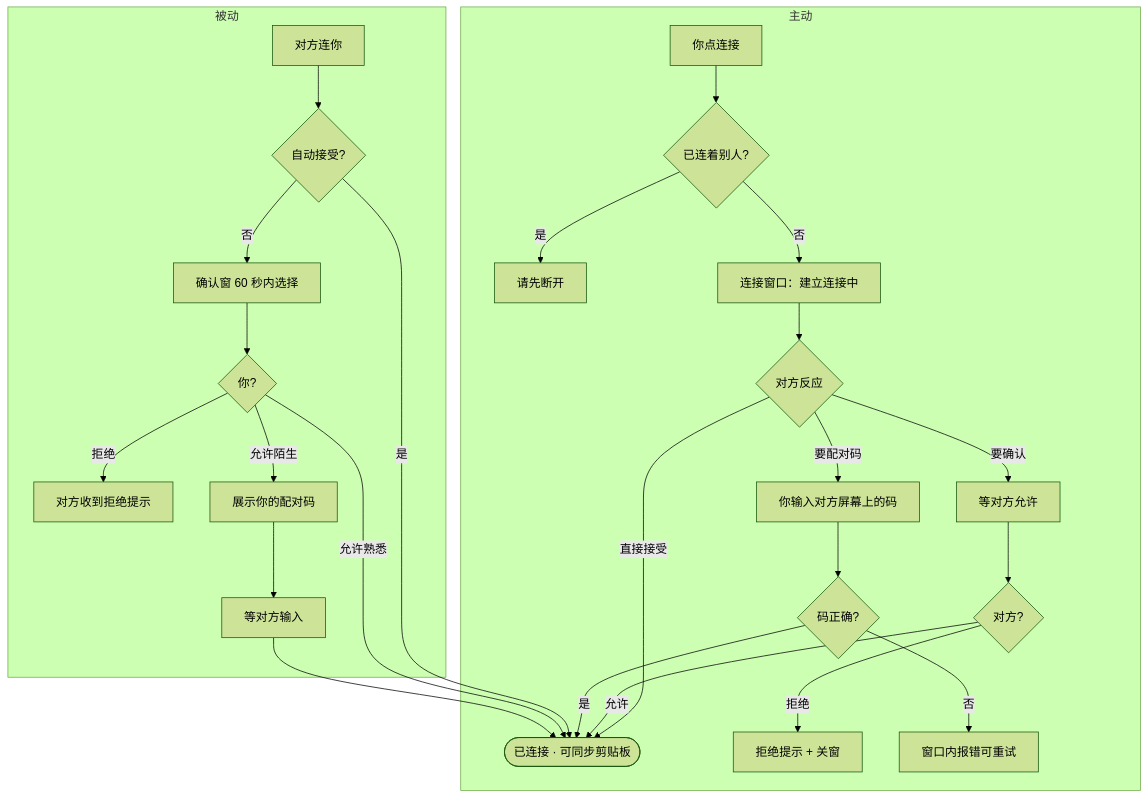
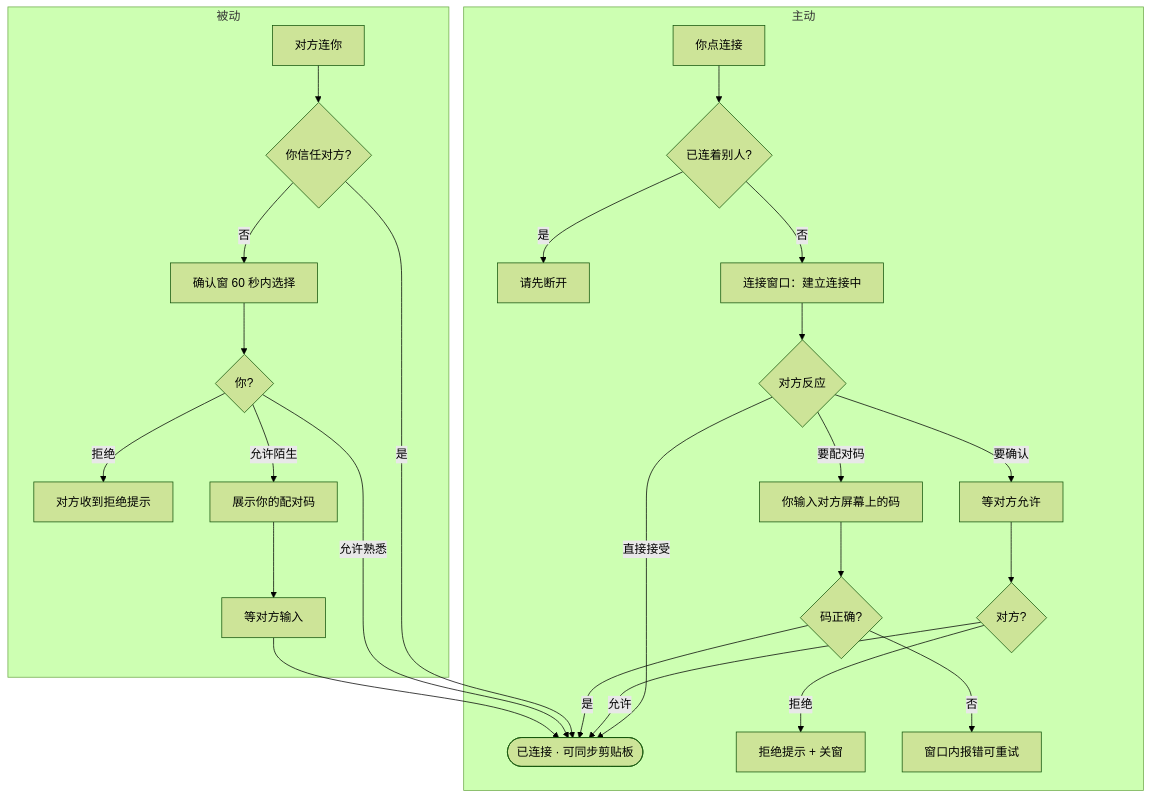
One commit to planarcat/planarclip changed the fifth of 5 diagrams in CONNECTION.md. Above: the diagram before and after it, drawn with Mermaid (forest theme). The commit also changed other lines of this file and 15 other files, not shown here.

````diff
--- a/CONNECTION.md
+++ b/CONNECTION.md
@@ -425,32 +443,32 @@
 ```mermaid
 flowchart TB
   subgraph 主动
     A1[你点连接] --> A2{已连着别人?}
     A2 -->|是| AX[请先断开]
     A2 -->|否| A3[连接窗口：建立连接中]
     A3 --> A4{对方反应}
     A4 -->|直接接受| OK
     A4 -->|要确认| A5[等对方允许]
     A4 -->|要配对码| A6[你输入对方屏幕上的码]
     A5 --> A4b{对方?}
     A4b -->|允许| OK
     A4b -->|拒绝| FAIL1[拒绝提示 + 关窗]
     A6 --> A7{码正确?}
     A7 -->|是| OK
     A7 -->|否| A8[窗口内报错可重试]
   end
 
   subgraph 被动
-    B1[对方连你] --> B2{自动接受?}
+    B1[对方连你] --> B2{你信任对方?}
     B2 -->|是| OK
     B2 -->|否| B3[确认窗 60 秒内选择]
     B3 --> B4{你?}
     B4 -->|拒绝| FAIL2[对方收到拒绝提示]
     B4 -->|允许熟悉| OK
     B4 -->|允许陌生| B5[展示你的配对码]
     B5 --> B6[等对方输入]
     B6 --> OK
   end
 
   OK([已连接 · 可同步剪贴板])
 ```
````
